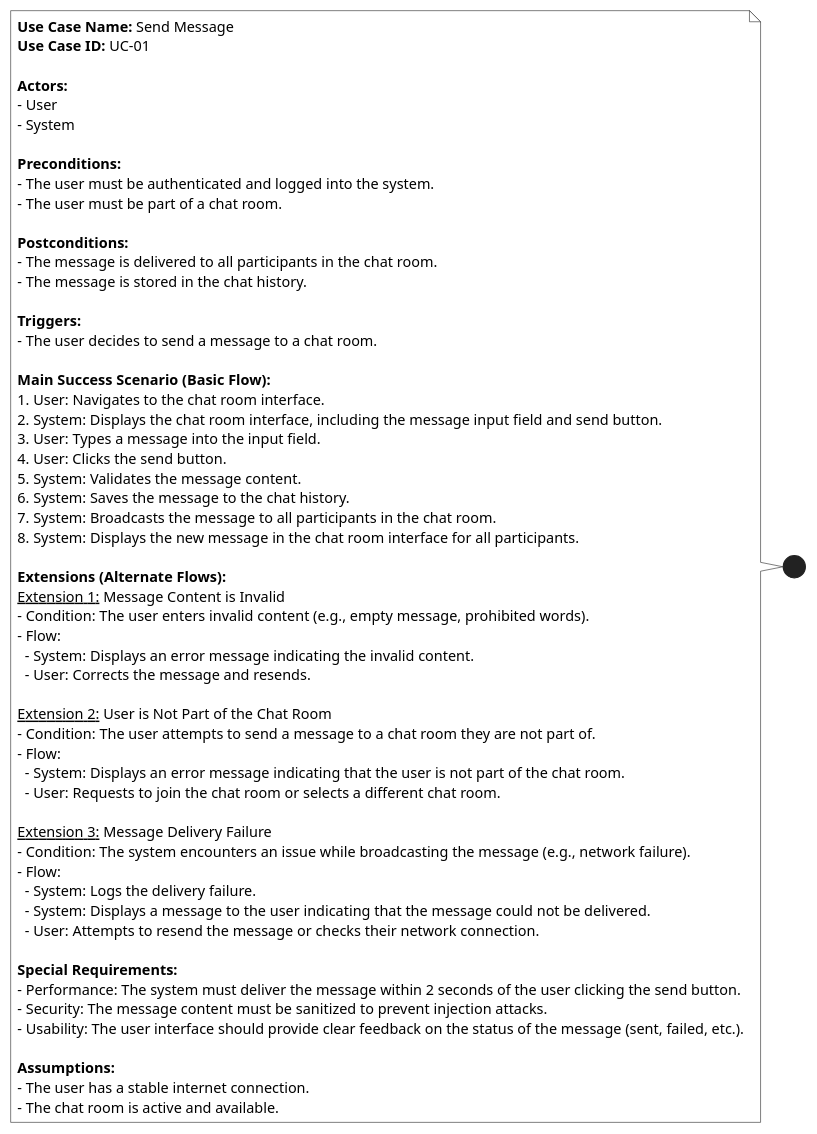
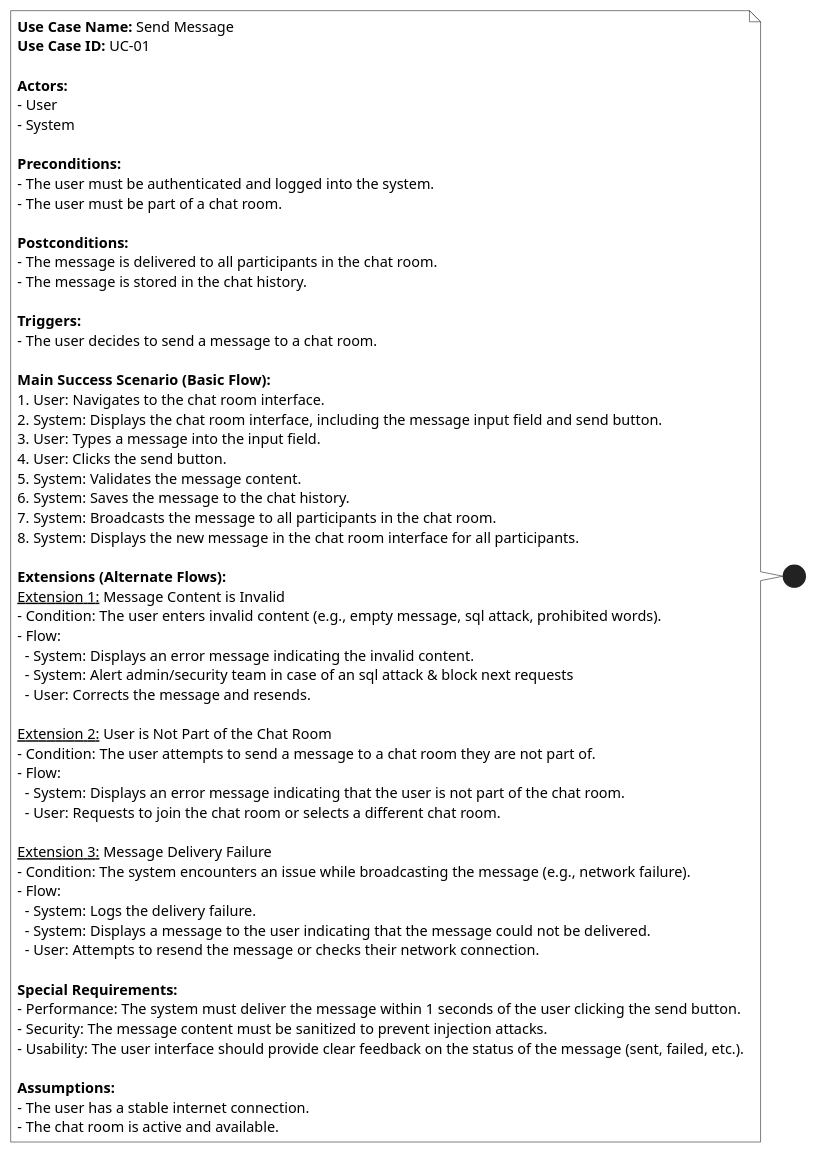
The diagram in docs/features/send-message/send-message-specifications.wsd (moez-sadok/chat-clean-architecture), drawn with PlantUML before and after one commit. The commit also changed 11 other files, not shown here.

```diff
--- a/docs/features/send-message/send-message-specifications.wsd
+++ b/docs/features/send-message/send-message-specifications.wsd
@@ -1,63 +1,64 @@
 @startuml
 ' Use Case Specifications for Send Message
 
 note left #White
     **Use Case Name:** Send Message
     **Use Case ID:** UC-01
 
     **Actors:**
     - User
     - System
 
     **Preconditions:**
     - The user must be authenticated and logged into the system.
     - The user must be part of a chat room.
 
     **Postconditions:**
     - The message is delivered to all participants in the chat room.
     - The message is stored in the chat history.
 
     **Triggers:**
     - The user decides to send a message to a chat room.
 
     **Main Success Scenario (Basic Flow):**
     1. User: Navigates to the chat room interface.
     2. System: Displays the chat room interface, including the message input field and send button.
     3. User: Types a message into the input field.
     4. User: Clicks the send button.
     5. System: Validates the message content.
     6. System: Saves the message to the chat history.
     7. System: Broadcasts the message to all participants in the chat room.
     8. System: Displays the new message in the chat room interface for all participants.
 
     **Extensions (Alternate Flows):**
     __Extension 1:__ Message Content is Invalid
-    - Condition: The user enters invalid content (e.g., empty message, prohibited words).
+    - Condition: The user enters invalid content (e.g., empty message, sql attack, prohibited words).
     - Flow:
       - System: Displays an error message indicating the invalid content.
+      - System: Alert admin/security team in case of an sql attack & block next requests
       - User: Corrects the message and resends.
 
     __Extension 2:__ User is Not Part of the Chat Room
     - Condition: The user attempts to send a message to a chat room they are not part of.
     - Flow:
       - System: Displays an error message indicating that the user is not part of the chat room.
       - User: Requests to join the chat room or selects a different chat room.
 
     __Extension 3:__ Message Delivery Failure
     - Condition: The system encounters an issue while broadcasting the message (e.g., network failure).
     - Flow:
       - System: Logs the delivery failure.
       - System: Displays a message to the user indicating that the message could not be delivered.
       - User: Attempts to resend the message or checks their network connection.
 
     **Special Requirements:**
-    - Performance: The system must deliver the message within 2 seconds of the user clicking the send button.
+    - Performance: The system must deliver the message within 1 seconds of the user clicking the send button.
     - Security: The message content must be sanitized to prevent injection attacks.
     - Usability: The user interface should provide clear feedback on the status of the message (sent, failed, etc.).
 
     **Assumptions:**
     - The user has a stable internet connection.
     - The chat room is active and available.
 end note
 
 @enduml
```
